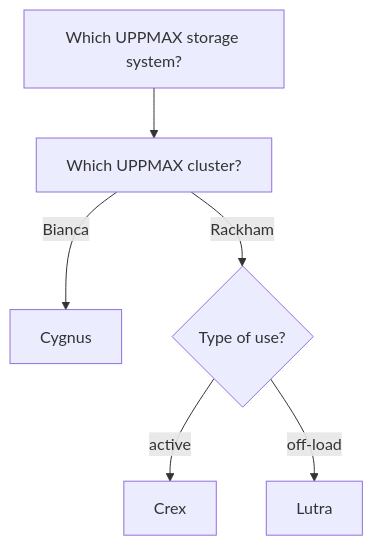
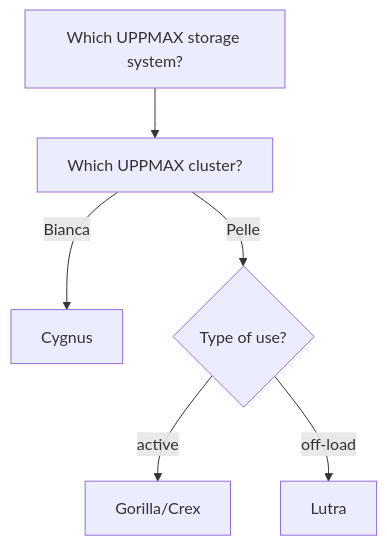
Before and after one commit to UPPMAX/UPPMAX-documentation: the second of 3 diagrams in docs/cluster_guides/uppmax_systems.md, drawn with Mermaid. The commit also changed other lines of this file, not shown here.

````diff
--- a/docs/cluster_guides/uppmax_systems.md
+++ b/docs/cluster_guides/uppmax_systems.md
@@ -64,14 +60,14 @@
 ```mermaid
 flowchart TD
     UPPMAX[Which UPPMAX storage system?]
     which_cluster[Which UPPMAX cluster?]
     Cygnus
     Lutra
     usage_type{Type of use?}
 
     UPPMAX-->which_cluster
-    which_cluster-->|Rackham|usage_type
+    which_cluster-->|Pelle|usage_type
     which_cluster-->|Bianca|Cygnus
-    usage_type-->|active|Crex
+    usage_type-->|active|Gorilla/Crex
     usage_type-->|off-load|Lutra
 ```
````
